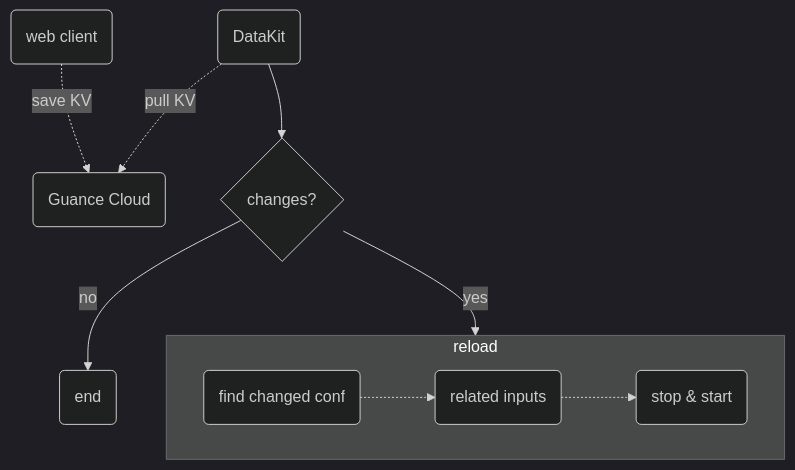
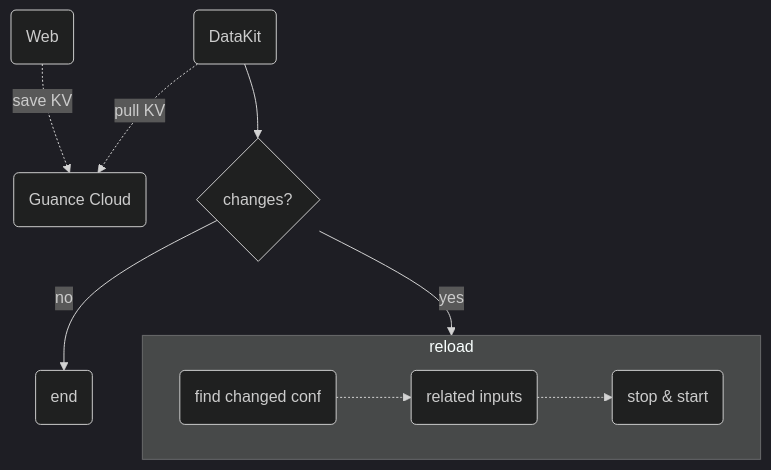
Before and after one commit to GuanceCloud/guance-docs: the diagram in docs/en/datakit/datakit-input-conf.md, drawn with Mermaid (dark theme). The commit also changed other lines of this file and 209 other files, not shown here.

````diff
--- a/docs/en/datakit/datakit-input-conf.md
+++ b/docs/en/datakit/datakit-input-conf.md
@@ -263,20 +206,22 @@
 ```mermaid
+
 flowchart TD
     guance(Guance Cloud);
-    web_client(web client);
+    web_client(Web);
     datakit(DataKit);
     changes{changes?};
     End(end);
 
    subgraph reload
    direction LR
    changed_conf(find changed conf) -.-> related_inputs(related inputs)
    related_inputs -.-> restart_input(stop & start)
    end
  
    datakit -.-> |pull KV| guance
    web_client -.-> |save KV| guance
    datakit -->  changes
    changes --> |yes| reload
    changes --> |no| End
+
 ```
````
